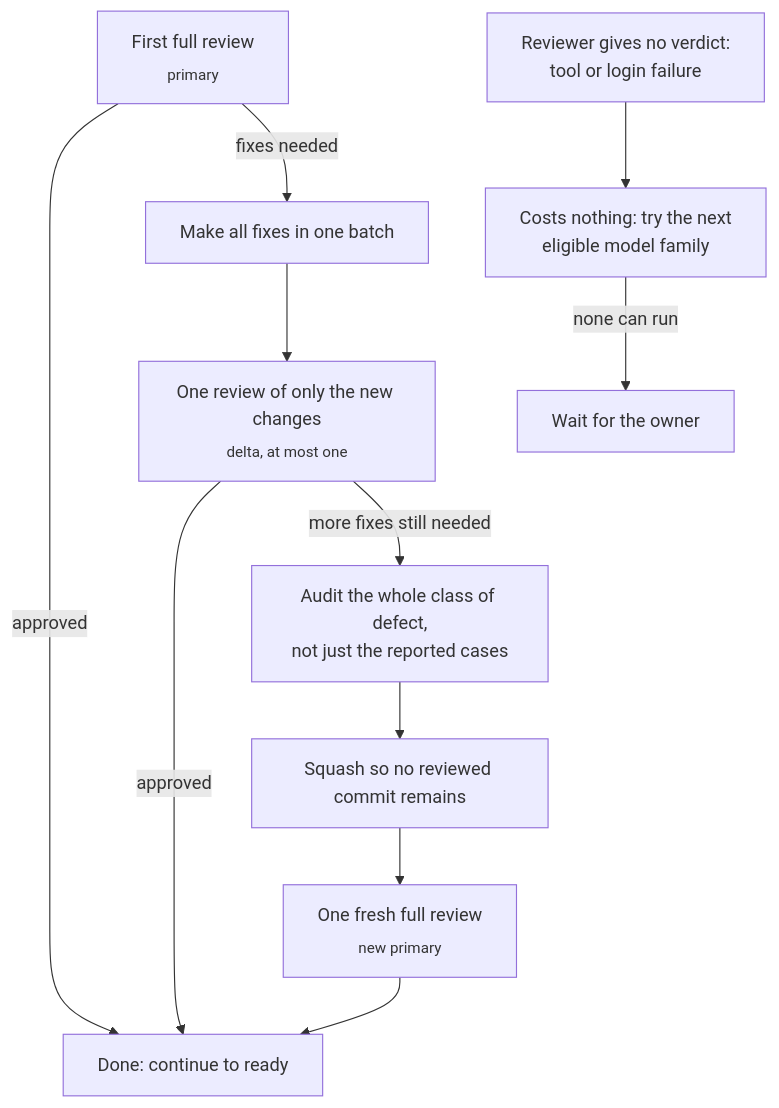
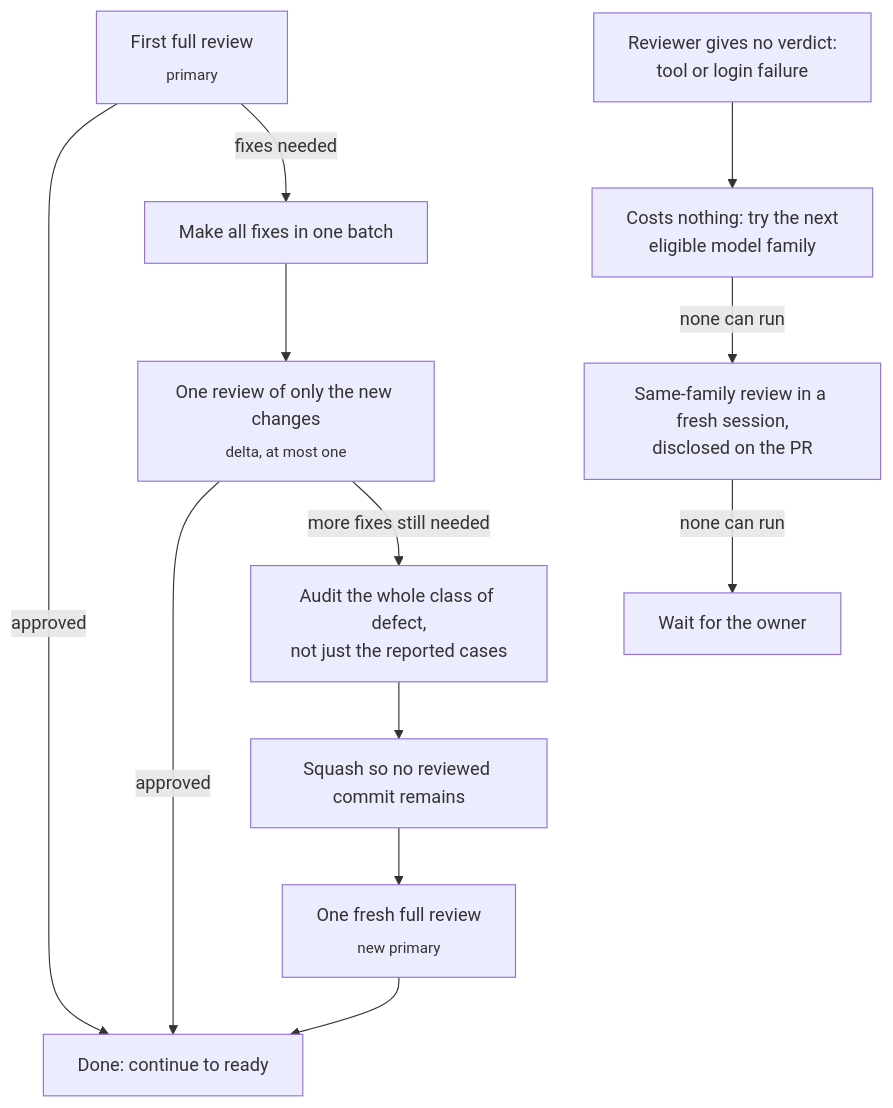
The second of 3 diagrams in docs/WORKFLOW.md (feder-positronics/loop-zero), drawn with Mermaid before and after one commit. The commit also changed other lines of this file and 1 other file, not shown here.

First line of the commit message:
Point S1 at Review budget eligibility

````diff
--- a/docs/WORKFLOW.md
+++ b/docs/WORKFLOW.md
@@ -37,13 +37,14 @@
 ```mermaid
 flowchart TD
     A["First full review<br/><sub>primary</sub>"] -->|approved| Z["Done: continue to ready"]
     A -->|fixes needed| B["Make all fixes in one batch"]
     B --> C["One review of only the new changes<br/><sub>delta, at most one</sub>"]
     C -->|approved| Z
     C -->|more fixes still needed| D["Audit the whole class of defect,<br/>not just the reported cases"]
     D --> E["Squash so no reviewed commit remains"]
     E --> F["One fresh full review<br/><sub>new primary</sub>"]
     F --> Z
     G["Reviewer gives no verdict:<br/>tool or login failure"] --> H["Costs nothing: try the next<br/>eligible model family"]
-    H -->|none can run| I["Wait for the owner"]
+    H -->|none can run| J["Same-family review in a fresh session,<br/>disclosed on the PR"]
+    J -->|none can run| I["Wait for the owner"]
 ```
````
